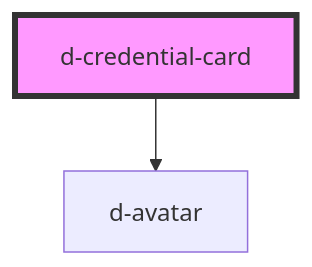
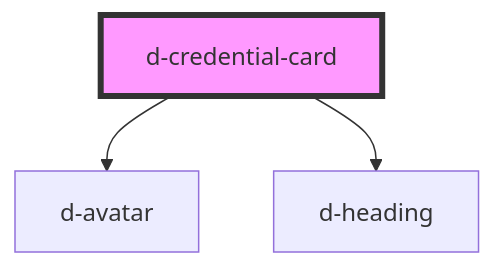
Before and after one commit to ForkbombEu/didroom-components: the diagram in src/components/credential-card/readme.md, drawn with Mermaid. The commit also changed other lines of this file and 9 other files, not shown here.

Commit message:
fix: credential-card title clamps

````diff
--- a/src/components/credential-card/readme.md
+++ b/src/components/credential-card/readme.md
@@ -27,5 +28,6 @@
 ```mermaid
 graph TD;
   d-credential-card --> d-avatar
+  d-credential-card --> d-heading
   style d-credential-card fill:#f9f,stroke:#333,stroke-width:4px
 ```
````
